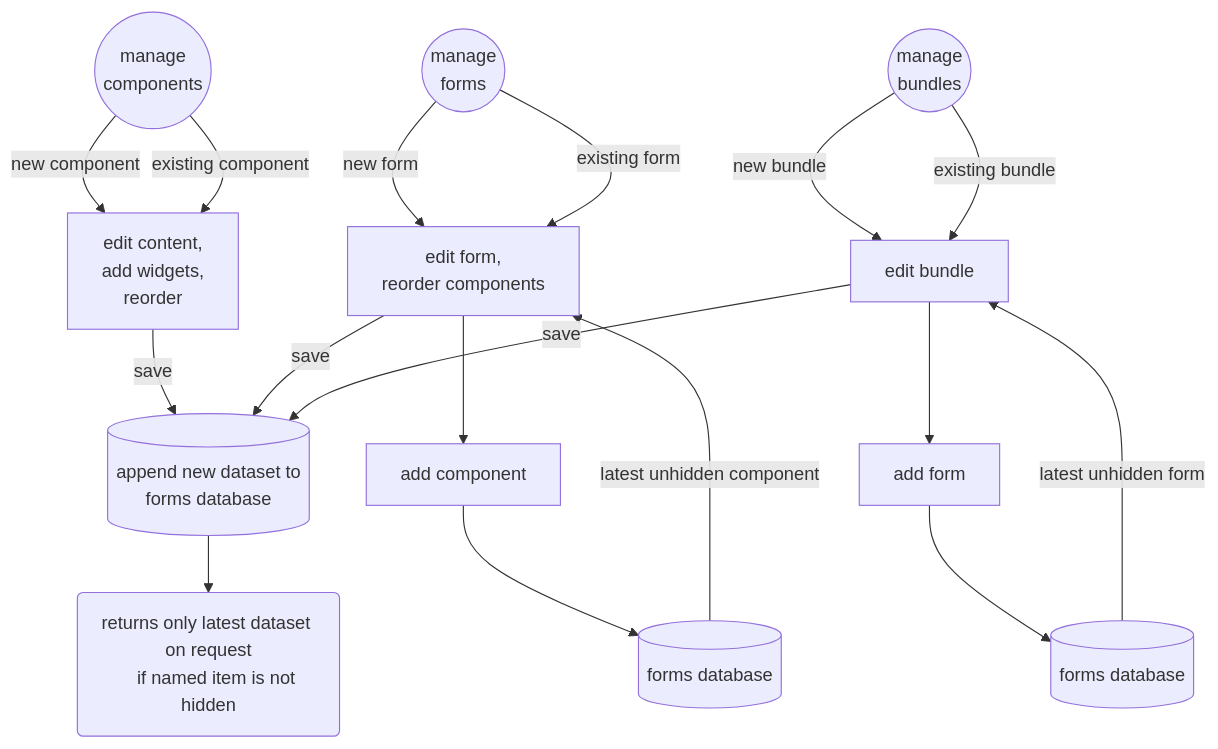
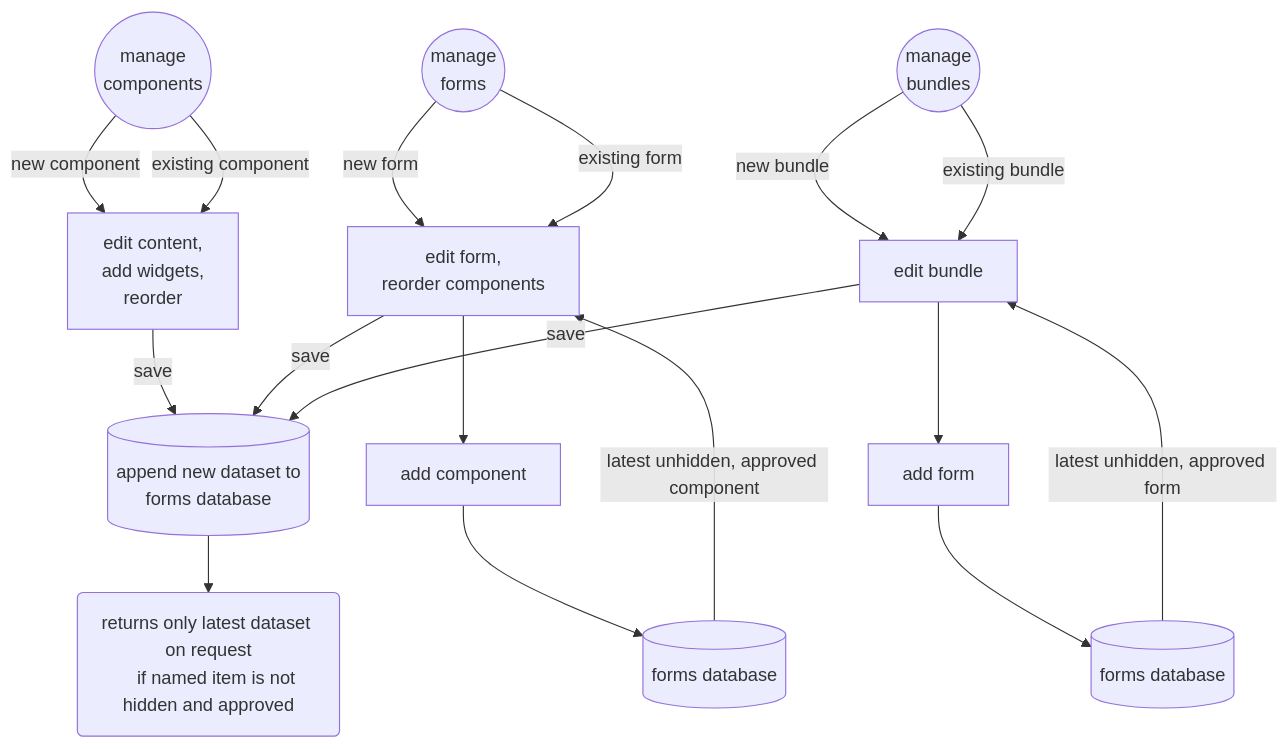
The third of 7 diagrams in readme.md (erroronline1/caro), drawn with Mermaid before and after one commit. The commit also changed other lines of this file and 6 other files, not shown here.

````diff
--- a/readme.md
+++ b/readme.md
@@ -386,31 +386,31 @@
 ```mermaid
 graph TD;
     manage_components(("manage
     components"))-->|new component|edit_component["edit content,
     add widgets,
     reorder"];
     manage_components(("manage
     components"))-->|existing component|edit_component;
     edit_component-->|save|new_forms_database[("append new dataset to
     forms database")];
 
     manage_forms(("manage
     forms"))-->|new form|edit_form["edit form,
     reorder components"];
     manage_forms-->|existing form|edit_form;
     edit_form-->add_component[add component];
     add_component-->forms_database[(forms database)];
-    forms_database-->|latest unhidden component|edit_form;
+    forms_database-->|latest unhidden, approved component|edit_form;
     edit_form-->|save|new_forms_database;
 
     manage_bundles(("manage
     bundles"))-->|new bundle|edit_bundle["edit bundle"];
     manage_bundles-->|existing bundle|edit_bundle;
     edit_bundle-->add_form[add form];
     add_form-->forms_database2[(forms database)];
-    forms_database2-->|latest unhidden form|edit_bundle;
+    forms_database2-->|latest unhidden, approved form|edit_bundle;
     edit_bundle-->|save|new_forms_database
 
     new_forms_database-->returns("returns only latest dataset on request
-    if named item is not hidden")
+    if named item is not hidden and approved")
 ```
````
